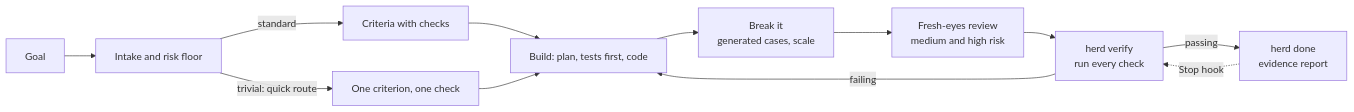
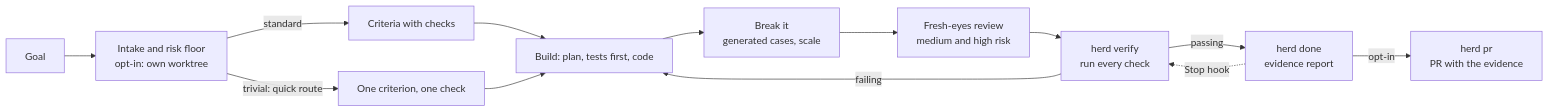
Before and after one commit to Beovulfo/herd-sdlc: the first of 2 diagrams in README.md, drawn with Mermaid. The commit also changed other lines of this file and 1 other file, not shown here.

````diff
--- a/README.md
+++ b/README.md
@@ -81,14 +93,15 @@
 ```mermaid
 flowchart LR
-    A[Goal] --> B[Intake and risk floor]
+    A[Goal] --> B[Intake and risk floor<br/>opt-in: own worktree]
     B -->|standard| C[Criteria with checks]
     B -->|trivial: quick route| Q[One criterion, one check]
     C --> D[Build: plan, tests first, code]
     Q --> D
     D --> X[Break it<br/>generated cases, scale]
     X --> E[Fresh-eyes review<br/>medium and high risk]
     E --> F[herd verify<br/>run every check]
     F -->|failing| D
     F -->|passing| G[herd done<br/>evidence report]
     G -.->|Stop hook| F
+    G -->|opt-in| P[herd pr<br/>PR with the evidence]
 ```
````
